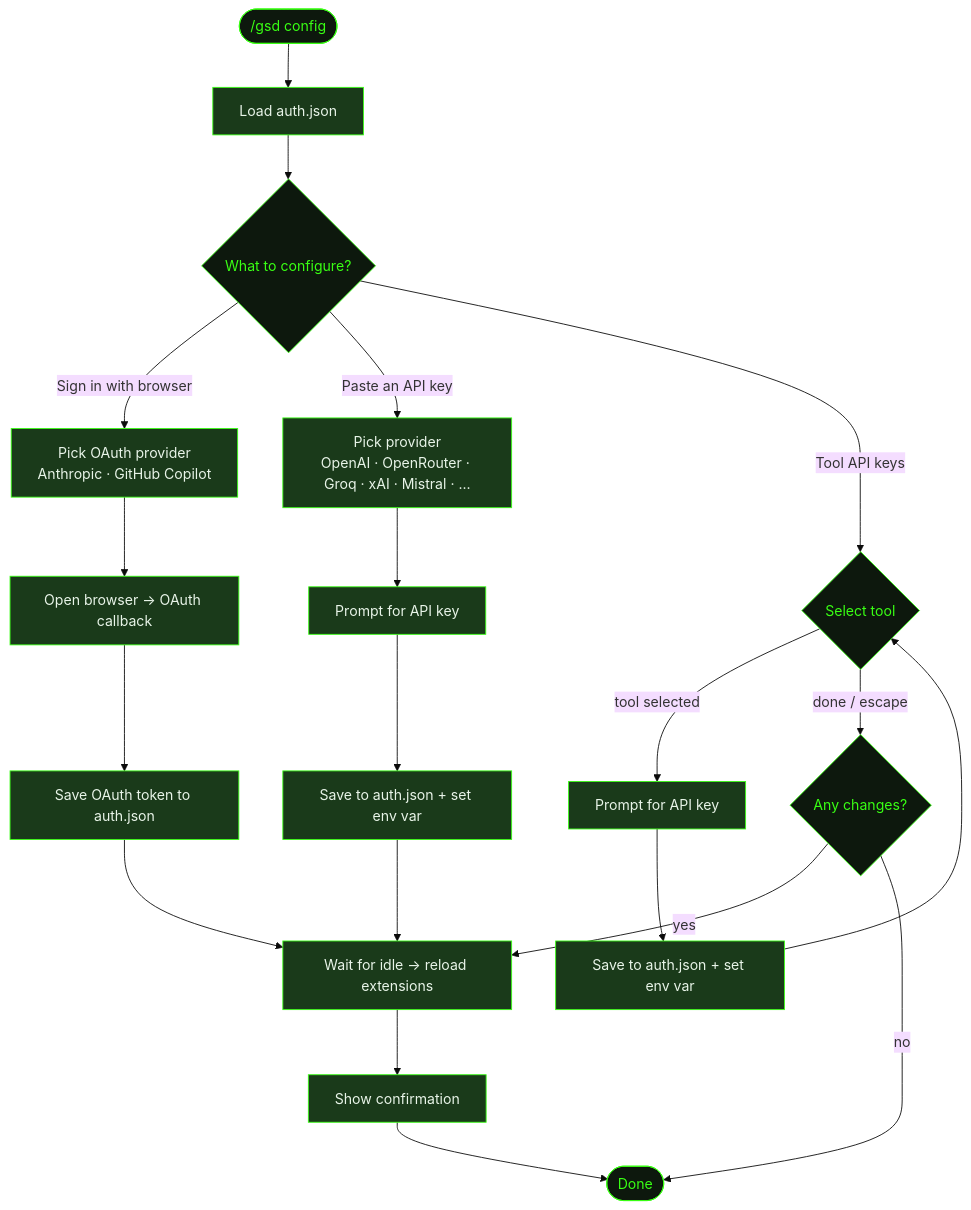
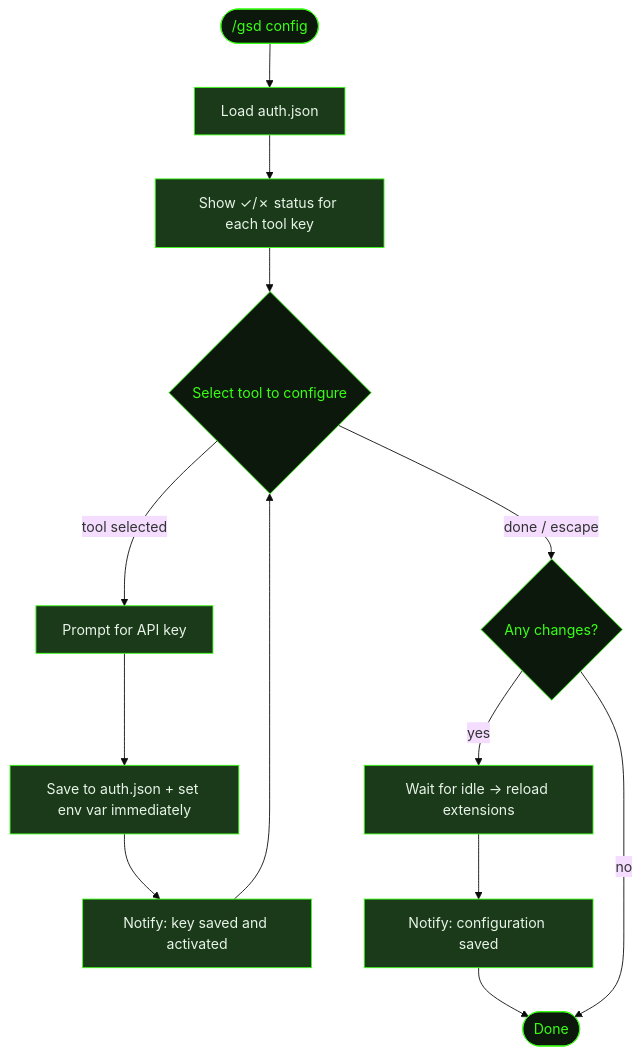
Before and after one commit to shusha-group/gsd2-guide: the diagram in src/content/docs/commands/config.mdx, drawn with Mermaid (base theme). The commit also changed other lines of this file and 202 other files, not shown here.

````diff
--- a/src/content/docs/commands/config.mdx
+++ b/src/content/docs/commands/config.mdx
@@ -28,39 +34,27 @@
 ```mermaid
 flowchart TD
     Start(["/gsd config"]) --> LoadAuth[Load auth.json]
-    LoadAuth --> TopChoice{What to configure?}
-    TopChoice -->|Sign in with browser| OAuthPick[Pick OAuth provider\nAnthropic · GitHub Copilot]
-    TopChoice -->|Paste an API key| KeyPick[Pick provider\nOpenAI · OpenRouter · Groq · xAI · Mistral · ...]
-    TopChoice -->|Tool API keys| ToolLoop{Select tool}
-    OAuthPick --> OAuthFlow[Open browser → OAuth callback]
-    OAuthFlow --> SaveOAuth[Save OAuth token to auth.json]
-    SaveOAuth --> Reload[Wait for idle → reload extensions]
-    KeyPick --> KeyInput[Prompt for API key]
-    KeyInput --> SaveKey[Save to auth.json + set env var]
-    SaveKey --> Reload
-    ToolLoop -->|tool selected| ToolInput[Prompt for API key]
-    ToolInput --> SaveTool[Save to auth.json + set env var]
-    SaveTool --> ToolLoop
-    ToolLoop -->|done / escape| Changed{Any changes?}
-    Changed -->|yes| Reload
-    Changed -->|no| End([Done])
-    Reload --> Confirm[Show confirmation]
-    Confirm --> End
+    LoadAuth --> ShowStatus[Show ✓/✗ status for each tool key]
+    ShowStatus --> Menu{Select tool to configure}
+    Menu -->|tool selected| Prompt[Prompt for API key]
+    Prompt --> Save[Save to auth.json + set env var immediately]
+    Save --> Notify[Notify: key saved and activated]
+    Notify --> Menu
+    Menu -->|done / escape| Changed{Any changes?}
+    Changed -->|yes| Idle[Wait for idle → reload extensions]
+    Idle --> Confirm[Notify: configuration saved]
+    Confirm --> End([Done])
+    Changed -->|no| End
 
     style Start fill:#0d180d,stroke:#39ff14,color:#39ff14
-    style TopChoice fill:#0d180d,stroke:#39ff14,color:#39ff14
-    style ToolLoop fill:#0d180d,stroke:#39ff14,color:#39ff14
+    style Menu fill:#0d180d,stroke:#39ff14,color:#39ff14
     style Changed fill:#0d180d,stroke:#39ff14,color:#39ff14
     style End fill:#0d180d,stroke:#39ff14,color:#39ff14
     style LoadAuth fill:#1a3a1a,stroke:#39ff14,color:#e8f4e8
-    style OAuthPick fill:#1a3a1a,stroke:#39ff14,color:#e8f4e8
-    style KeyPick fill:#1a3a1a,stroke:#39ff14,color:#e8f4e8
-    style OAuthFlow fill:#1a3a1a,stroke:#39ff14,color:#e8f4e8
-    style SaveOAuth fill:#1a3a1a,stroke:#39ff14,color:#e8f4e8
-    style KeyInput fill:#1a3a1a,stroke:#39ff14,color:#e8f4e8
-    style SaveKey fill:#1a3a1a,stroke:#39ff14,color:#e8f4e8
-    style ToolInput fill:#1a3a1a,stroke:#39ff14,color:#e8f4e8
-    style SaveTool fill:#1a3a1a,stroke:#39ff14,color:#e8f4e8
-    style Reload fill:#1a3a1a,stroke:#39ff14,color:#e8f4e8
+    style ShowStatus fill:#1a3a1a,stroke:#39ff14,color:#e8f4e8
+    style Prompt fill:#1a3a1a,stroke:#39ff14,color:#e8f4e8
+    style Save fill:#1a3a1a,stroke:#39ff14,color:#e8f4e8
+    style Notify fill:#1a3a1a,stroke:#39ff14,color:#e8f4e8
+    style Idle fill:#1a3a1a,stroke:#39ff14,color:#e8f4e8
     style Confirm fill:#1a3a1a,stroke:#39ff14,color:#e8f4e8
 ```
````
